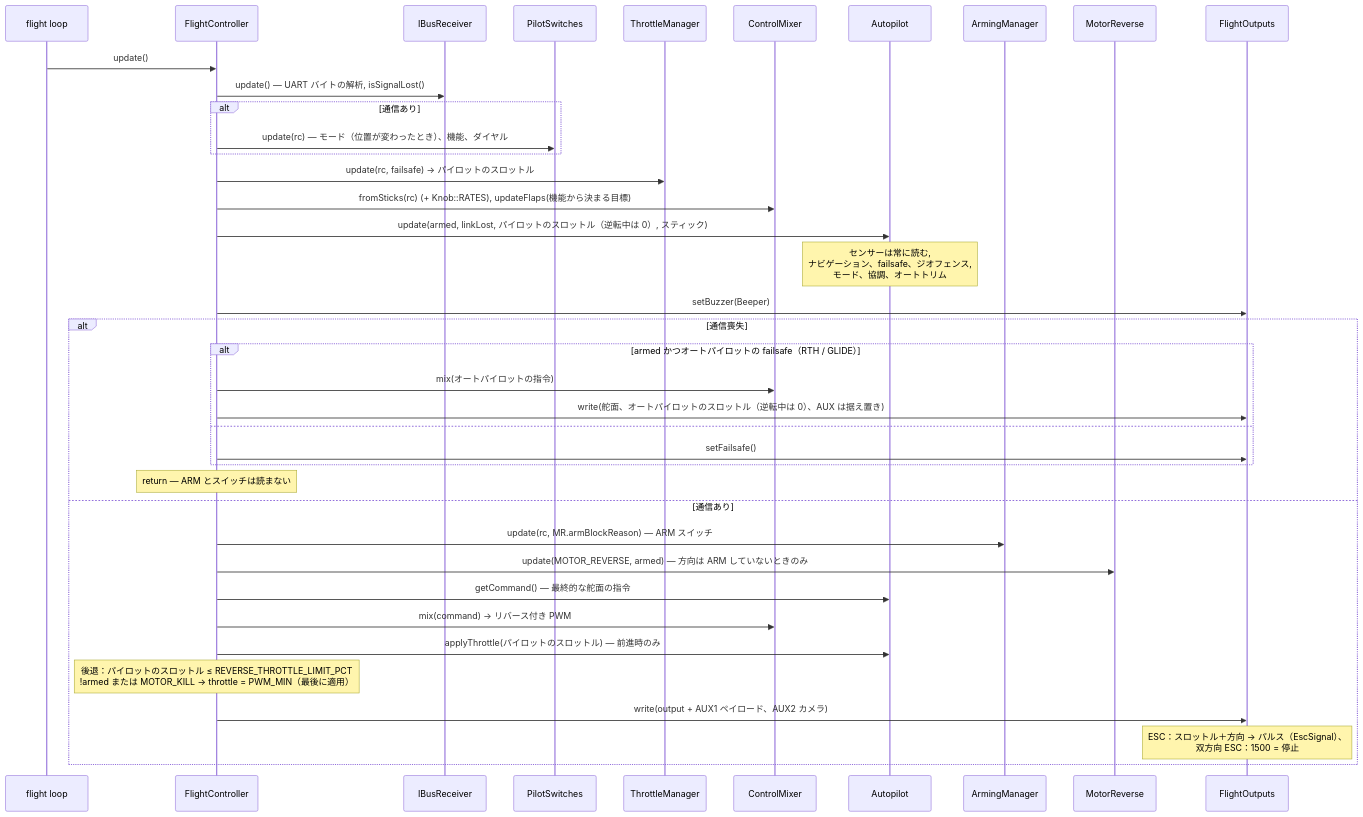
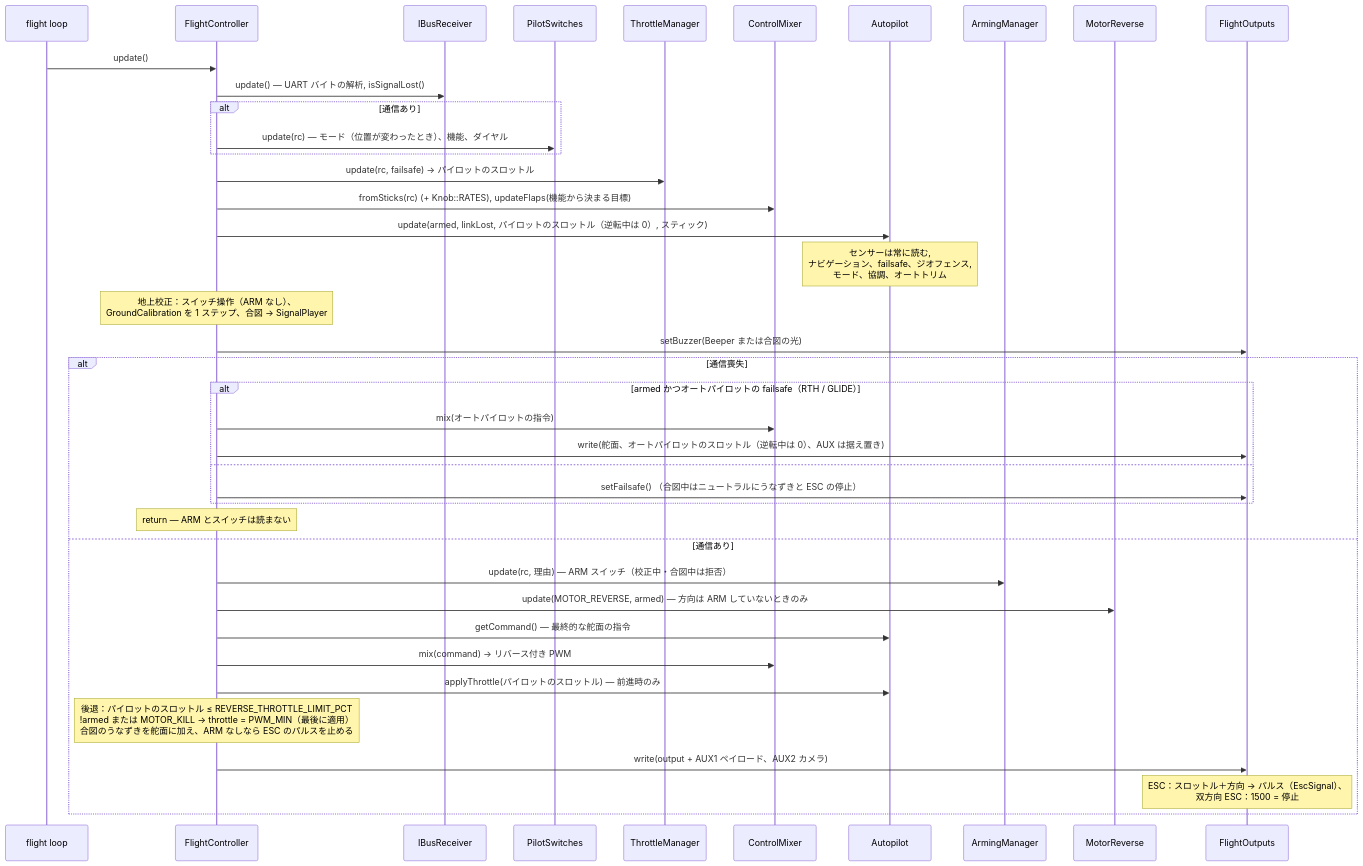
One commit to damir-lebedev/OpenPlaneProject changed the sixth of 12 diagrams in docs/i18n/ja/ARCHITECTURE.md. Above: the diagram before and after it, drawn with Mermaid. The commit also changed other lines of this file and 215 other files, not shown here.

````diff
--- a/docs/i18n/ja/ARCHITECTURE.md
+++ b/docs/i18n/ja/ARCHITECTURE.md
@@ -355,42 +355,43 @@
 ```mermaid
 sequenceDiagram
     participant L as flight loop
     participant FC as FlightController
     participant RX as IBusReceiver
     participant SW as PilotSwitches
     participant TM as ThrottleManager
     participant MX as ControlMixer
     participant AP as Autopilot
     participant AM as ArmingManager
     participant MR as MotorReverse
     participant OUT as FlightOutputs
 
     L->>FC: update()
     FC->>RX: update() — UART バイトの解析, isSignalLost()
     alt 通信あり
         FC->>SW: update(rc) — モード（位置が変わったとき）、機能、ダイヤル
     end
     FC->>TM: update(rc, failsafe) → パイロットのスロットル
     FC->>MX: fromSticks(rc) (+ Knob::RATES), updateFlaps(機能から決まる目標)
     FC->>AP: update(armed, linkLost, パイロットのスロットル（逆転中は 0）, スティック)
     Note over AP: センサーは常に読む,<br/>ナビゲーション、failsafe、ジオフェンス,<br/>モード、協調、オートトリム
-    FC->>OUT: setBuzzer(Beeper)
+    Note over FC: 地上校正：スイッチ操作（ARM なし）、<br/>GroundCalibration を 1 ステップ、合図 → SignalPlayer
+    FC->>OUT: setBuzzer(Beeper または合図の光)
     alt 通信喪失
         alt armed かつオートパイロットの failsafe（RTH / GLIDE）
             FC->>MX: mix(オートパイロットの指令)
             FC->>OUT: write(舵面、オートパイロットのスロットル（逆転中は 0）、AUX は据え置き)
         else
-            FC->>OUT: setFailsafe()
+            FC->>OUT: setFailsafe() （合図中はニュートラルにうなずきと ESC の停止）
         end
         Note over FC: return — ARM とスイッチは読まない
     else 通信あり
-        FC->>AM: update(rc, MR.armBlockReason) — ARM スイッチ
+        FC->>AM: update(rc, 理由) — ARM スイッチ（校正中・合図中は拒否）
         FC->>MR: update(MOTOR_REVERSE, armed) — 方向は ARM していないときのみ
         FC->>AP: getCommand() — 最終的な舵面の指令
         FC->>MX: mix(command) → リバース付き PWM
         FC->>AP: applyThrottle(パイロットのスロットル) — 前進時のみ
-        Note over FC: 後退：パイロットのスロットル ≤ REVERSE_THROTTLE_LIMIT_PCT<br/>!armed または MOTOR_KILL → throttle = PWM_MIN（最後に適用）
+        Note over FC: 後退：パイロットのスロットル ≤ REVERSE_THROTTLE_LIMIT_PCT<br/>!armed または MOTOR_KILL → throttle = PWM_MIN（最後に適用）<br/>合図のうなずきを舵面に加え、ARM なしなら ESC のパルスを止める
         FC->>OUT: write(output + AUX1 ペイロード、AUX2 カメラ)
         Note over OUT: ESC：スロットル＋方向 → パルス（EscSignal）、<br/>双方向 ESC：1500 = 停止
     end
 ```
````
